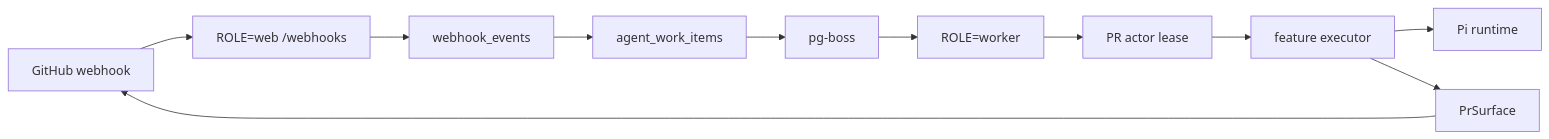
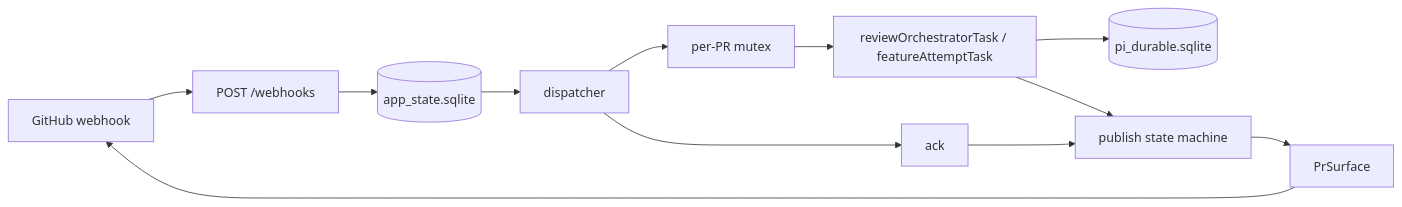
The diagram in docs/topology.md (prathamdby/pr-agent), drawn with Mermaid before and after one commit. The commit also changed other lines of this file and 410 other files, not shown here.

First line of the commit message:
feat: migrate runtime to SQLite and Pi Durable

````diff
--- a/docs/topology.md
+++ b/docs/topology.md
@@ -59,13 +28,14 @@
 ```mermaid
 flowchart LR
-  GitHub[GitHub webhook] --> Web[ROLE=web /webhooks]
-  Web --> Events[webhook_events]
-  Events --> Items[agent_work_items]
-  Items --> Boss[pg-boss]
-  Boss --> Worker[ROLE=worker]
-  Worker --> Lease[PR actor lease]
-  Lease --> Executor[feature executor]
-  Executor --> Pi[Pi runtime]
-  Executor --> Surface[PrSurface]
+  GitHub[GitHub webhook] --> Intake[POST /webhooks]
+  Intake --> AppState[(app_state.sqlite)]
+  AppState --> Dispatcher[dispatcher]
+  Dispatcher --> Mutex[per-PR mutex]
+  Mutex --> Task[reviewOrchestratorTask / featureAttemptTask]
+  Dispatcher --> Ack[ack]
+  Task --> Pi[(pi_durable.sqlite)]
+  Task --> Publish[publish state machine]
+  Ack --> Publish
+  Publish --> Surface[PrSurface]
   Surface --> GitHub
 ```
````
